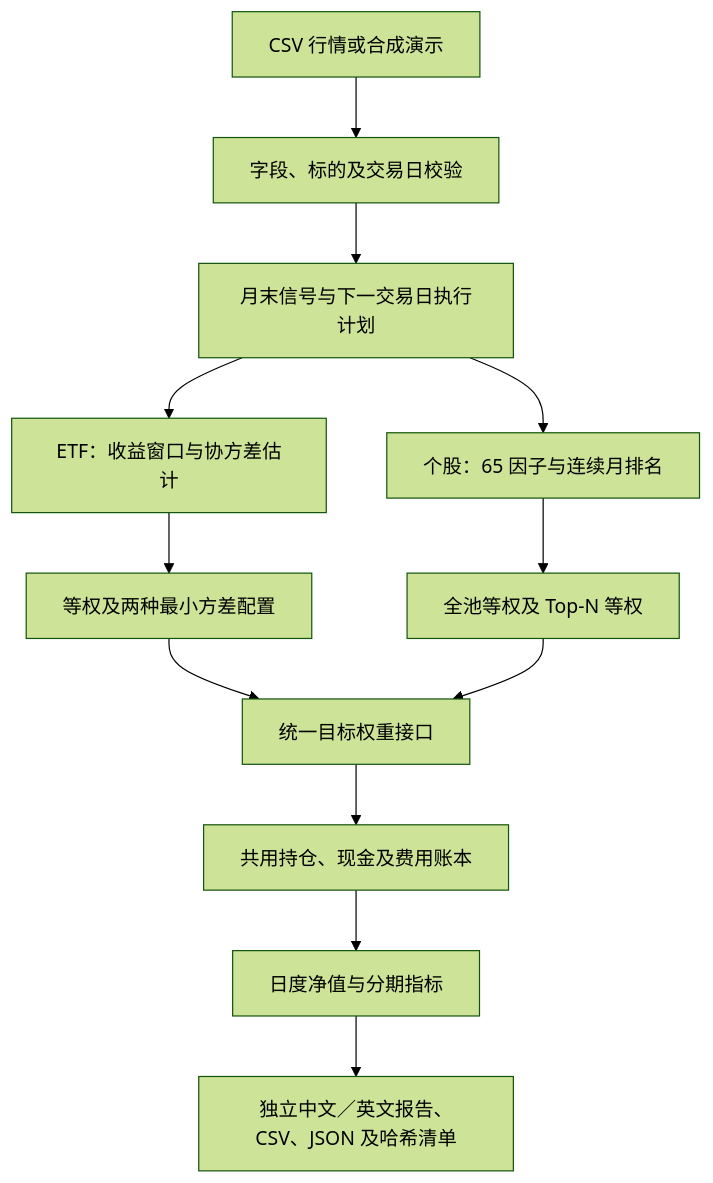
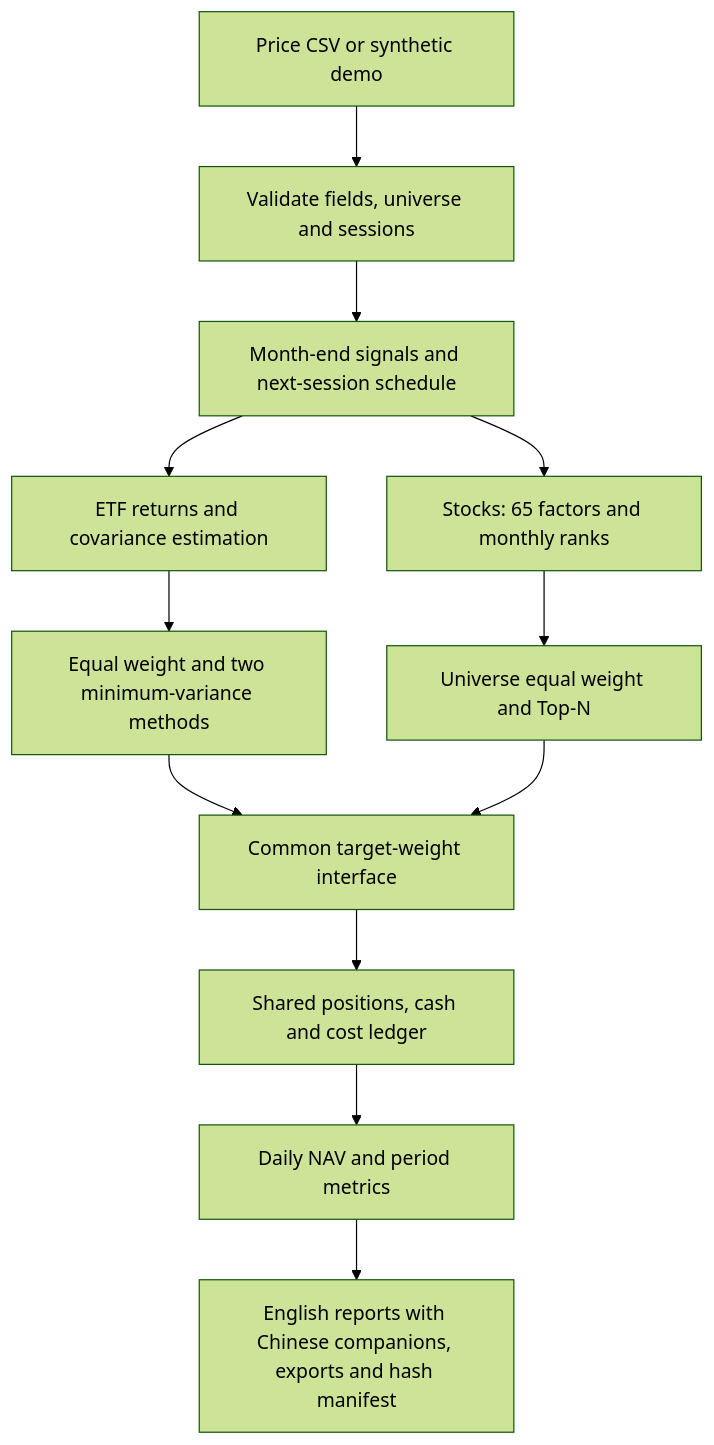
The first of 2 diagrams in README.md (ChungKit-WAN/Quant-research-lab-v0.1.0), drawn with Mermaid (forest theme) before and after one commit. The commit also changed other lines of this file and 43 other files, not shown here.

````diff
--- a/README.md
+++ b/README.md
@@ -34,14 +50,14 @@
 ```mermaid
 flowchart TD
-    A["CSV 行情或合成演示"] --> B["字段、标的及交易日校验"]
-    B --> C["月末信号与下一交易日执行计划"]
-    C --> D["ETF：收益窗口与协方差估计"]
-    C --> E["个股：65 因子与连续月排名"]
-    D --> F["等权及两种最小方差配置"]
-    E --> G["全池等权及 Top-N 等权"]
-    F --> H["统一目标权重接口"]
+    A["Price CSV or synthetic demo"] --> B["Validate fields, universe and sessions"]
+    B --> C["Month-end signals and next-session schedule"]
+    C --> D["ETF returns and covariance estimation"]
+    C --> E["Stocks: 65 factors and monthly ranks"]
+    D --> F["Equal weight and two minimum-variance methods"]
+    E --> G["Universe equal weight and Top-N"]
+    F --> H["Common target-weight interface"]
     G --> H
-    H --> I["共用持仓、现金及费用账本"]
-    I --> J["日度净值与分期指标"]
-    J --> K["独立中文／英文报告、CSV、JSON 及哈希清单"]
+    H --> I["Shared positions, cash and cost ledger"]
+    I --> J["Daily NAV and period metrics"]
+    J --> K["English reports with Chinese companions, exports and hash manifest"]
 ```
````
